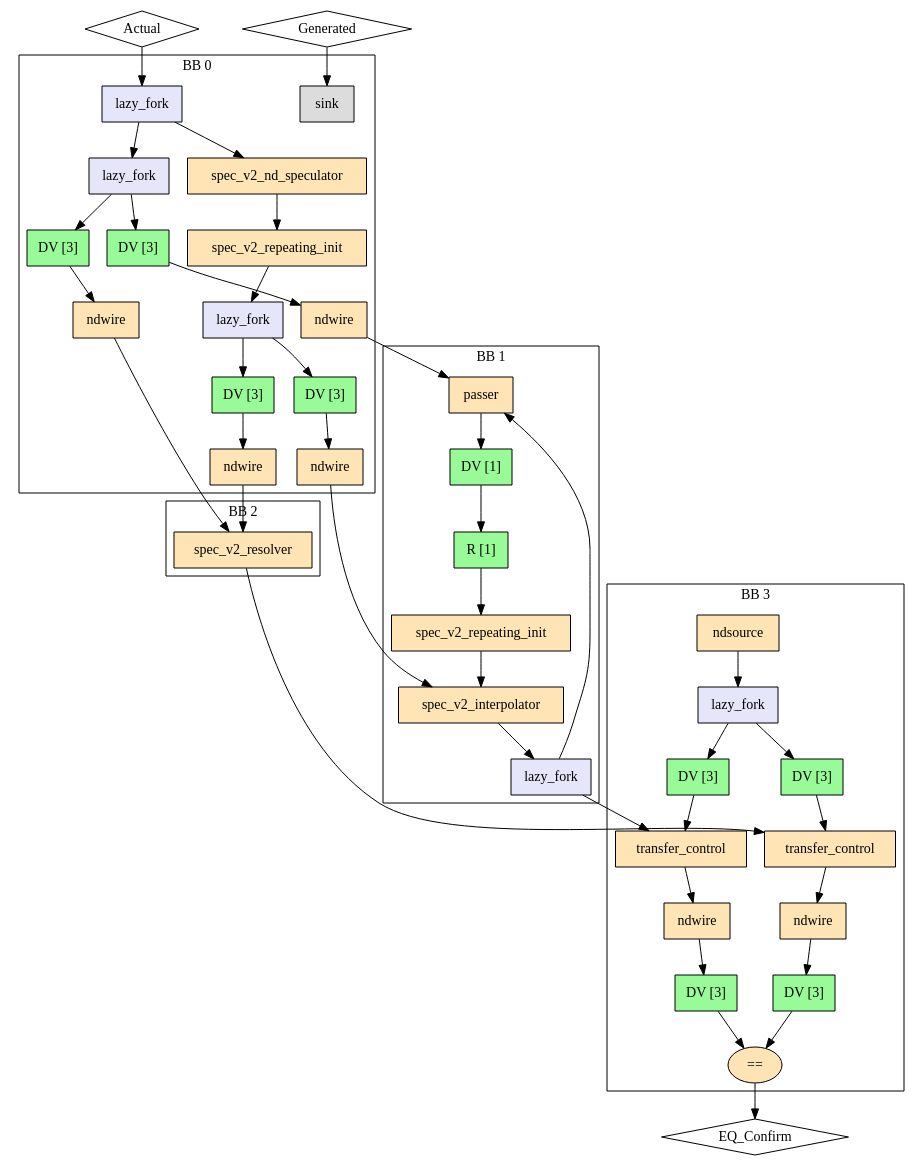
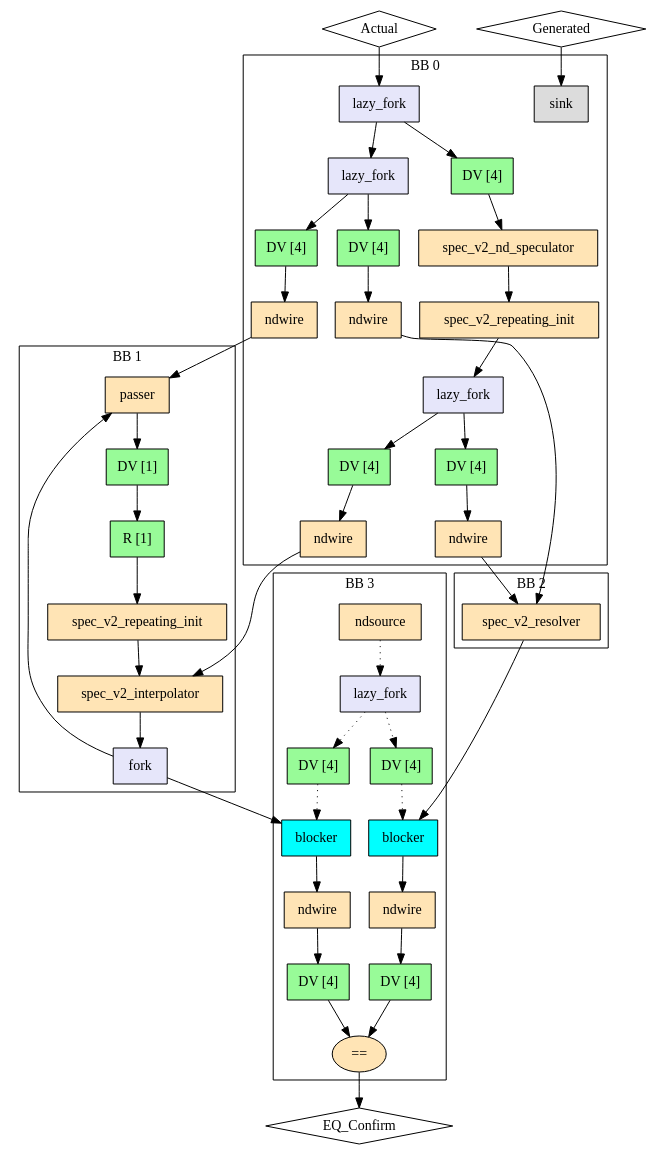
Before and after one commit to EPFL-LAP/dynamatic: the diagram in experimental/tools/elastic-miter/out/resolver/miter/model.dot, drawn with Graphviz. The commit also changed 159 other files, not shown here.

```diff
--- a/experimental/tools/elastic-miter/out/resolver/miter/model.dot
+++ b/experimental/tools/elastic-miter/out/resolver/miter/model.dot
@@ -10,23 +10,24 @@
   "rhs_in_ndw_Actual" -> "rhs_resolver" ["dir"="both", "style"="solid", "arrowhead"="normal", "from_idx"="0", "to"="actualCondition", "arrowtail"="none", "from"="outs", "to_idx"="0"]
   "lhs_in_ndw_Generated" -> "lhs_interpolator" ["dir"="both", "style"="solid", "arrowhead"="normal", "from_idx"="0", "to"="long", "arrowtail"="none", "from"="outs", "to_idx"="1"]
   "rhs_in_ndw_Generated" -> "rhs_resolver" ["dir"="both", "style"="solid", "arrowhead"="normal", "from_idx"="0", "to"="generatedCondition", "arrowtail"="none", "from"="outs", "to_idx"="1"]
-  "lhs_fork" -> "out_lhs_tc_Confirm" ["dir"="both", "style"="solid", "arrowhead"="normal", "from_idx"="1", "to"="ins", "arrowtail"="none", "from"="outs_1", "to_idx"="0"]
-  "rhs_resolver" -> "out_rhs_tc_Confirm" ["dir"="both", "style"="solid", "arrowhead"="normal", "from_idx"="0", "to"="ins", "arrowtail"="none", "from"="confirmSpec", "to_idx"="0"]
+  "lhs_fork" -> "out_lhs_bl_Confirm" ["dir"="both", "style"="solid", "arrowhead"="normal", "from_idx"="1", "to"="ins", "arrowtail"="none", "from"="outs_1", "to_idx"="0"]
+  "rhs_resolver" -> "out_rhs_bl_Confirm" ["dir"="both", "style"="solid", "arrowhead"="normal", "from_idx"="0", "to"="ins", "arrowtail"="none", "from"="confirmSpec", "to_idx"="0"]
   "out_eq_Confirm" -> "EQ_Confirm" ["dir"="both", "style"="solid", "arrowhead"="normal", "from_idx"="0", "to"="EQ_Confirm", "arrowtail"="none", "from"="result", "to_idx"="0"]
   subgraph cluster0 {
     graph ["label"="BB 0"]
     "in_fork_Actual" ["style"="filled", "fillcolor"="lavender", "shape"="box", "label"="lazy_fork", "mlir_op"="handshake.lazy_fork"]
-    "lhs_in_buf_Actual" ["style"="filled", "fillcolor"="palegreen", "shape"="box", "label"="DV [3]", "mlir_op"="handshake.buffer"]
-    "rhs_in_buf_Actual" ["style"="filled", "fillcolor"="palegreen", "shape"="box", "label"="DV [3]", "mlir_op"="handshake.buffer"]
+    "lhs_in_buf_Actual" ["style"="filled", "fillcolor"="palegreen", "shape"="box", "label"="DV [4]", "mlir_op"="handshake.buffer"]
+    "rhs_in_buf_Actual" ["style"="filled", "fillcolor"="palegreen", "shape"="box", "label"="DV [4]", "mlir_op"="handshake.buffer"]
     "lhs_in_ndw_Actual" ["style"="filled", "fillcolor"="moccasin", "shape"="box", "label"="ndwire", "mlir_op"="handshake.ndwire"]
     "rhs_in_ndw_Actual" ["style"="filled", "fillcolor"="moccasin", "shape"="box", "label"="ndwire", "mlir_op"="handshake.ndwire"]
     "in_nd_fork" ["style"="filled", "fillcolor"="lavender", "shape"="box", "label"="lazy_fork", "mlir_op"="handshake.lazy_fork"]
+    "in_nd_spec_pre_buffer" ["style"="filled", "fillcolor"="palegreen", "shape"="box", "label"="DV [4]", "mlir_op"="handshake.buffer"]
     "in_nd_speculator" ["style"="filled", "fillcolor"="moccasin", "shape"="box", "label"="spec_v2_nd_speculator", "mlir_op"="handshake.spec_v2_nd_speculator"]
     "in_ri" ["style"="filled", "fillcolor"="moccasin", "shape"="box", "label"="spec_v2_repeating_init", "mlir_op"="handshake.spec_v2_repeating_init"]
     "in_sink" ["style"="filled", "fillcolor"="gainsboro", "shape"="box", "label"="sink", "mlir_op"="handshake.sink"]
     "in_fork_Generated" ["style"="filled", "fillcolor"="lavender", "shape"="box", "label"="lazy_fork", "mlir_op"="handshake.lazy_fork"]
-    "lhs_in_buf_Generated" ["style"="filled", "fillcolor"="palegreen", "shape"="box", "label"="DV [3]", "mlir_op"="handshake.buffer"]
-    "rhs_in_buf_Generated" ["style"="filled", "fillcolor"="palegreen", "shape"="box", "label"="DV [3]", "mlir_op"="handshake.buffer"]
+    "lhs_in_buf_Generated" ["style"="filled", "fillcolor"="palegreen", "shape"="box", "label"="DV [4]", "mlir_op"="handshake.buffer"]
+    "rhs_in_buf_Generated" ["style"="filled", "fillcolor"="palegreen", "shape"="box", "label"="DV [4]", "mlir_op"="handshake.buffer"]
     "lhs_in_ndw_Generated" ["style"="filled", "fillcolor"="moccasin", "shape"="box", "label"="ndwire", "mlir_op"="handshake.ndwire"]
     "rhs_in_ndw_Generated" ["style"="filled", "fillcolor"="moccasin", "shape"="box", "label"="ndwire", "mlir_op"="handshake.ndwire"]
     "in_fork_Actual" -> "lhs_in_buf_Actual" ["dir"="both", "style"="solid", "arrowhead"="normal", "from_idx"="0", "to"="ins", "arrowtail"="none", "from"="outs_0", "to_idx"="0"]
@@ -34,7 +35,8 @@
     "lhs_in_buf_Actual" -> "lhs_in_ndw_Actual" ["dir"="both", "style"="solid", "arrowhead"="normal", "from_idx"="0", "to"="ins", "arrowtail"="none", "from"="outs", "to_idx"="0"]
     "rhs_in_buf_Actual" -> "rhs_in_ndw_Actual" ["dir"="both", "style"="solid", "arrowhead"="normal", "from_idx"="0", "to"="ins", "arrowtail"="none", "from"="outs", "to_idx"="0"]
     "in_nd_fork" -> "in_fork_Actual" ["dir"="both", "style"="solid", "arrowhead"="normal", "from_idx"="0", "to"="ins", "arrowtail"="none", "from"="outs_0", "to_idx"="0"]
-    "in_nd_fork" -> "in_nd_speculator" ["dir"="both", "style"="solid", "arrowhead"="normal", "from_idx"="1", "to"="ins", "arrowtail"="none", "from"="outs_1", "to_idx"="0"]
+    "in_nd_fork" -> "in_nd_spec_pre_buffer" ["dir"="both", "style"="solid", "arrowhead"="normal", "from_idx"="1", "to"="ins", "arrowtail"="none", "from"="outs_1", "to_idx"="0"]
+    "in_nd_spec_pre_buffer" -> "in_nd_speculator" ["dir"="both", "style"="solid", "arrowhead"="normal", "from_idx"="0", "to"="ins", "arrowtail"="none", "from"="outs", "to_idx"="0"]
     "in_nd_speculator" -> "in_ri" ["dir"="both", "style"="solid", "arrowhead"="normal", "from_idx"="0", "to"="ins", "arrowtail"="none", "from"="outs", "to_idx"="0"]
     "in_ri" -> "in_fork_Generated" ["dir"="both", "style"="solid", "arrowhead"="normal", "from_idx"="0", "to"="ins", "arrowtail"="none", "from"="outs", "to_idx"="0"]
     "in_fork_Generated" -> "lhs_in_buf_Generated" ["dir"="both", "style"="solid", "arrowhead"="normal", "from_idx"="0", "to"="ins", "arrowtail"="none", "from"="outs_0", "to_idx"="0"]
@@ -49,7 +51,7 @@
     "lhs_buf2" ["style"="filled", "fillcolor"="palegreen", "shape"="box", "label"="R [1]", "mlir_op"="handshake.buffer"]
     "lhs_ri" ["style"="filled", "fillcolor"="moccasin", "shape"="box", "label"="spec_v2_repeating_init", "mlir_op"="handshake.spec_v2_repeating_init"]
     "lhs_interpolator" ["style"="filled", "fillcolor"="moccasin", "shape"="box", "label"="spec_v2_interpolator", "mlir_op"="handshake.spec_v2_interpolator"]
-    "lhs_fork" ["style"="filled", "fillcolor"="lavender", "shape"="box", "label"="lazy_fork", "mlir_op"="handshake.lazy_fork"]
+    "lhs_fork" ["style"="filled", "fillcolor"="lavender", "shape"="box", "label"="fork", "mlir_op"="handshake.fork"]
     "lhs_passer" -> "lhs_buf1" ["dir"="both", "style"="solid", "arrowhead"="normal", "from_idx"="0", "to"="ins", "arrowtail"="none", "from"="result", "to_idx"="0"]
     "lhs_buf1" -> "lhs_buf2" ["dir"="both", "style"="solid", "arrowhead"="normal", "from_idx"="0", "to"="ins", "arrowtail"="none", "from"="outs", "to_idx"="0"]
     "lhs_buf2" -> "lhs_ri" ["dir"="both", "style"="solid", "arrowhead"="normal", "from_idx"="0", "to"="ins", "arrowtail"="none", "from"="outs", "to_idx"="0"]
@@ -65,22 +67,22 @@
     graph ["label"="BB 3"]
     "out_nds_Confirm" ["style"="filled", "fillcolor"="moccasin", "shape"="box", "label"="ndsource", "mlir_op"="handshake.ndsource"]
     "out_lf_Confirm" ["style"="filled", "fillcolor"="lavender", "shape"="box", "label"="lazy_fork", "mlir_op"="handshake.lazy_fork"]
-    "out_buf_lhs_nds_Confirm" ["style"="filled", "fillcolor"="palegreen", "shape"="box", "label"="DV [3]", "mlir_op"="handshake.buffer"]
-    "out_buf_rhs_nds_Confirm" ["style"="filled", "fillcolor"="palegreen", "shape"="box", "label"="DV [3]", "mlir_op"="handshake.buffer"]
-    "out_lhs_tc_Confirm" ["style"="filled", "fillcolor"="moccasin", "shape"="box", "label"="transfer_control", "mlir_op"="handshake.transfer_control"]
-    "out_rhs_tc_Confirm" ["style"="filled", "fillcolor"="moccasin", "shape"="box", "label"="transfer_control", "mlir_op"="handshake.transfer_control"]
+    "out_buf_lhs_nds_Confirm" ["style"="filled", "fillcolor"="palegreen", "shape"="box", "label"="DV [4]", "mlir_op"="handshake.buffer"]
+    "out_buf_rhs_nds_Confirm" ["style"="filled", "fillcolor"="palegreen", "shape"="box", "label"="DV [4]", "mlir_op"="handshake.buffer"]
+    "out_lhs_bl_Confirm" ["style"="filled", "fillcolor"="cyan", "shape"="box", "label"="blocker", "mlir_op"="handshake.blocker"]
+    "out_rhs_bl_Confirm" ["style"="filled", "fillcolor"="cyan", "shape"="box", "label"="blocker", "mlir_op"="handshake.blocker"]
     "lhs_out_ndw_Confirm" ["style"="filled", "fillcolor"="moccasin", "shape"="box", "label"="ndwire", "mlir_op"="handshake.ndwire"]
     "rhs_out_ndw_Confirm" ["style"="filled", "fillcolor"="moccasin", "shape"="box", "label"="ndwire", "mlir_op"="handshake.ndwire"]
-    "lhs_out_buf_Confirm" ["style"="filled", "fillcolor"="palegreen", "shape"="box", "label"="DV [3]", "mlir_op"="handshake.buffer"]
-    "rhs_out_buf_Confirm" ["style"="filled", "fillcolor"="palegreen", "shape"="box", "label"="DV [3]", "mlir_op"="handshake.buffer"]
+    "lhs_out_buf_Confirm" ["style"="filled", "fillcolor"="palegreen", "shape"="box", "label"="DV [4]", "mlir_op"="handshake.buffer"]
+    "rhs_out_buf_Confirm" ["style"="filled", "fillcolor"="palegreen", "shape"="box", "label"="DV [4]", "mlir_op"="handshake.buffer"]
     "out_eq_Confirm" ["style"="filled", "fillcolor"="moccasin", "shape"="oval", "label"="==", "mlir_op"="handshake.cmpi=="]
-    "out_nds_Confirm" -> "out_lf_Confirm" ["dir"="both", "style"="solid", "arrowhead"="normal", "from_idx"="0", "to"="ins", "arrowtail"="none", "from"="result", "to_idx"="0"]
-    "out_lf_Confirm" -> "out_buf_lhs_nds_Confirm" ["dir"="both", "style"="solid", "arrowhead"="normal", "from_idx"="0", "to"="ins", "arrowtail"="none", "from"="outs_0", "to_idx"="0"]
-    "out_lf_Confirm" -> "out_buf_rhs_nds_Confirm" ["dir"="both", "style"="solid", "arrowhead"="normal", "from_idx"="1", "to"="ins", "arrowtail"="none", "from"="outs_1", "to_idx"="0"]
-    "out_buf_lhs_nds_Confirm" -> "out_lhs_tc_Confirm" ["dir"="both", "style"="solid", "arrowhead"="normal", "from_idx"="0", "to"="ctrl", "arrowtail"="none", "from"="outs", "to_idx"="1"]
-    "out_buf_rhs_nds_Confirm" -> "out_rhs_tc_Confirm" ["dir"="both", "style"="solid", "arrowhead"="normal", "from_idx"="0", "to"="ctrl", "arrowtail"="none", "from"="outs", "to_idx"="1"]
-    "out_lhs_tc_Confirm" -> "lhs_out_ndw_Confirm" ["dir"="both", "style"="solid", "arrowhead"="normal", "from_idx"="0", "to"="ins", "arrowtail"="none", "from"="outs", "to_idx"="0"]
-    "out_rhs_tc_Confirm" -> "rhs_out_ndw_Confirm" ["dir"="both", "style"="solid", "arrowhead"="normal", "from_idx"="0", "to"="ins", "arrowtail"="none", "from"="outs", "to_idx"="0"]
+    "out_nds_Confirm" -> "out_lf_Confirm" ["dir"="both", "style"="dotted", "arrowhead"="normal", "from_idx"="0", "to"="ins", "arrowtail"="none", "from"="result", "to_idx"="0"]
+    "out_lf_Confirm" -> "out_buf_lhs_nds_Confirm" ["dir"="both", "style"="dotted", "arrowhead"="normal", "from_idx"="0", "to"="ins", "arrowtail"="none", "from"="outs_0", "to_idx"="0"]
+    "out_lf_Confirm" -> "out_buf_rhs_nds_Confirm" ["dir"="both", "style"="dotted", "arrowhead"="normal", "from_idx"="1", "to"="ins", "arrowtail"="none", "from"="outs_1", "to_idx"="0"]
+    "out_buf_lhs_nds_Confirm" -> "out_lhs_bl_Confirm" ["dir"="both", "style"="dotted", "arrowhead"="normal", "from_idx"="0", "to"="ctrl", "arrowtail"="none", "from"="outs", "to_idx"="1"]
+    "out_buf_rhs_nds_Confirm" -> "out_rhs_bl_Confirm" ["dir"="both", "style"="dotted", "arrowhead"="normal", "from_idx"="0", "to"="ctrl", "arrowtail"="none", "from"="outs", "to_idx"="1"]
+    "out_lhs_bl_Confirm" -> "lhs_out_ndw_Confirm" ["dir"="both", "style"="solid", "arrowhead"="normal", "from_idx"="0", "to"="ins", "arrowtail"="none", "from"="outs", "to_idx"="0"]
+    "out_rhs_bl_Confirm" -> "rhs_out_ndw_Confirm" ["dir"="both", "style"="solid", "arrowhead"="normal", "from_idx"="0", "to"="ins", "arrowtail"="none", "from"="outs", "to_idx"="0"]
     "lhs_out_ndw_Confirm" -> "lhs_out_buf_Confirm" ["dir"="both", "style"="solid", "arrowhead"="normal", "from_idx"="0", "to"="ins", "arrowtail"="none", "from"="outs", "to_idx"="0"]
     "rhs_out_ndw_Confirm" -> "rhs_out_buf_Confirm" ["dir"="both", "style"="solid", "arrowhead"="normal", "from_idx"="0", "to"="ins", "arrowtail"="none", "from"="outs", "to_idx"="0"]
     "lhs_out_buf_Confirm" -> "out_eq_Confirm" ["dir"="both", "style"="solid", "arrowhead"="normal", "from_idx"="0", "to"="lhs", "arrowtail"="none", "from"="outs", "to_idx"="0"]
```
